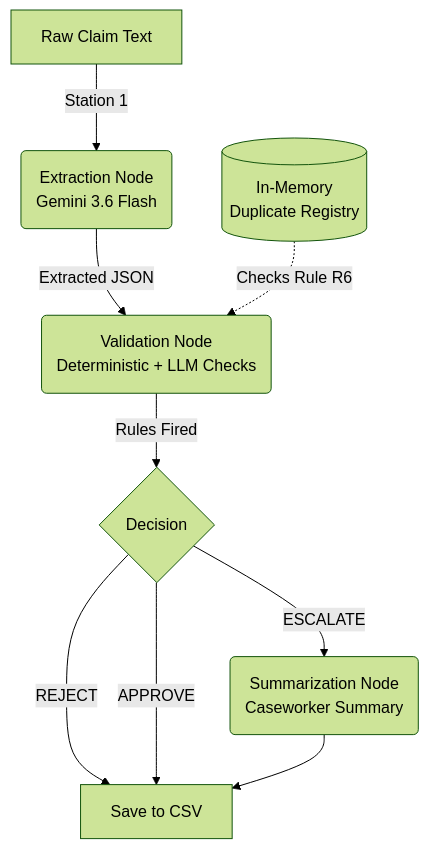
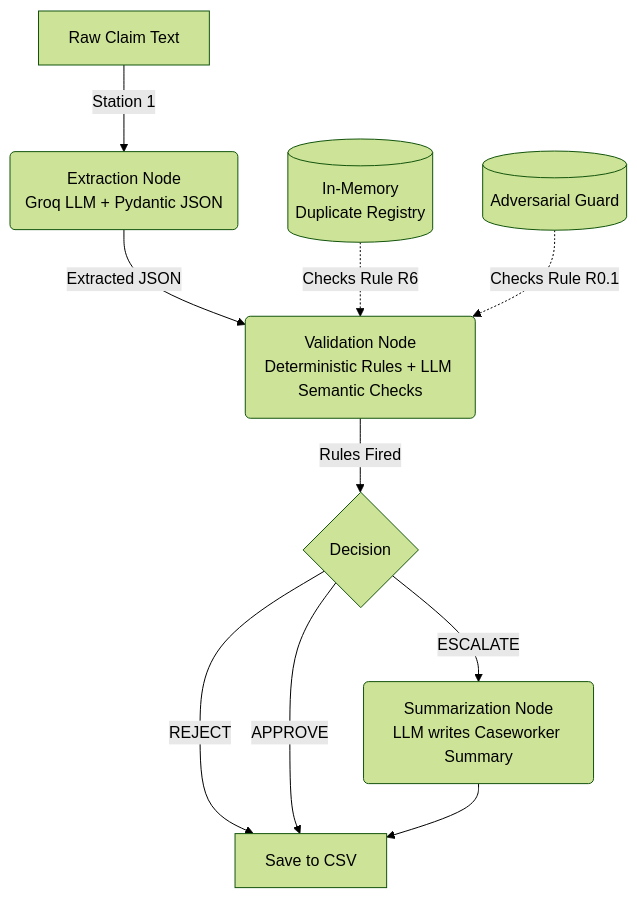
Before and after one commit to mayuresh6750/Prathamesh-FDE-Assignment--Autonomous-insurance-cliam-: the diagram in README.md, drawn with Mermaid (forest theme). The commit also changed other lines of this file and 10 other files, not shown here.

Commit message:
feat: complete claims agent with Groq LLM, LangGraph, and Adversarial Guards

````diff
--- a/README.md
+++ b/README.md
@@ -37,14 +39,15 @@
 ```mermaid
 graph TD
-    A[Raw Claim Text] -->|Station 1| B(Extraction Node<br>Gemini 3.6 Flash)
-    B -->|Extracted JSON| C(Validation Node<br>Deterministic + LLM Checks)
+    A[Raw Claim Text] -->|Station 1| B(Extraction Node<br>Groq LLM + Pydantic JSON)
+    B -->|Extracted JSON| C(Validation Node<br>Deterministic Rules + LLM Semantic Checks)
     C -->|Rules Fired| D{Decision}
     
     D -->|REJECT| E[Save to CSV]
     D -->|APPROVE| E
-    D -->|ESCALATE| F(Summarization Node<br>Caseworker Summary)
+    D -->|ESCALATE| F(Summarization Node<br>LLM writes Caseworker Summary)
     F --> E
     
-    %% Injected Duplicate Registry
+    %% Injected Registries & Guards
     G[(In-Memory<br>Duplicate Registry)] -.->|Checks Rule R6| C
+    H[(Adversarial Guard)] -.->|Checks Rule R0.1| C
 ```
````
